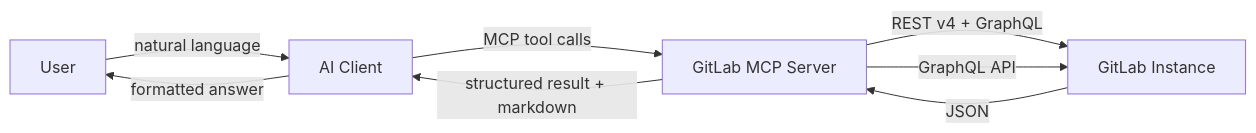
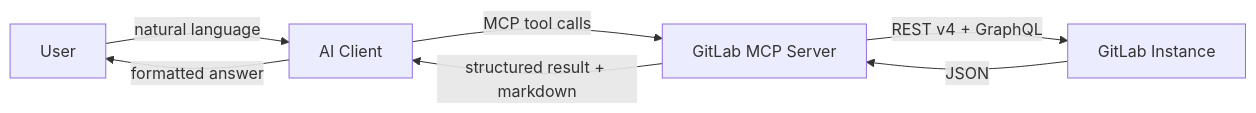
Before and after one commit to jmrplens/gitlab-mcp-server: the first of 4 diagrams in site/src/content/docs/architecture.mdx, drawn with Mermaid. The commit also changed 13 other files, not shown here.

````diff
--- a/site/src/content/docs/architecture.mdx
+++ b/site/src/content/docs/architecture.mdx
@@ -14,10 +14,9 @@
 ```mermaid
 graph LR
     U[User] -->|natural language| AI[AI Client]
     AI -->|MCP tool calls| S[GitLab MCP Server]
     S -->|REST v4 + GraphQL| G[GitLab Instance]
-    S -->|GraphQL API| G
     G -->|JSON| S
     S -->|structured result + markdown| AI
     AI -->|formatted answer| U
 ```
````
